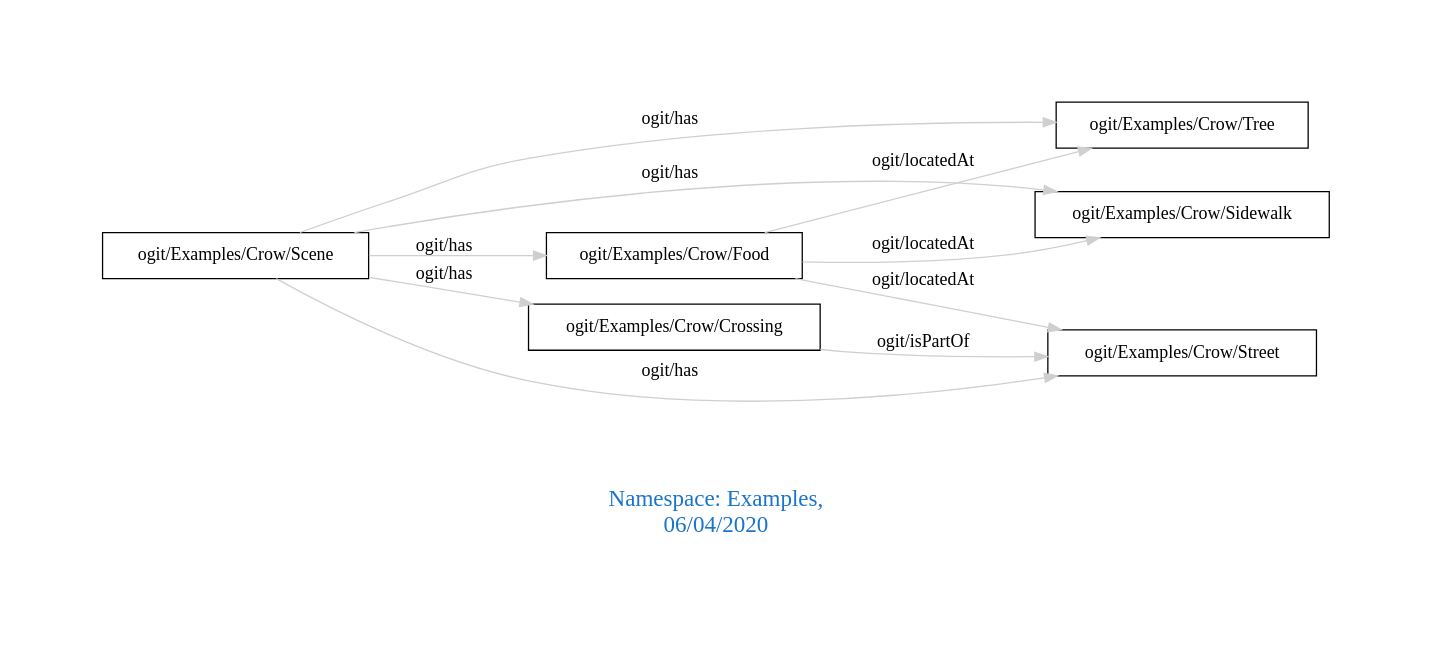
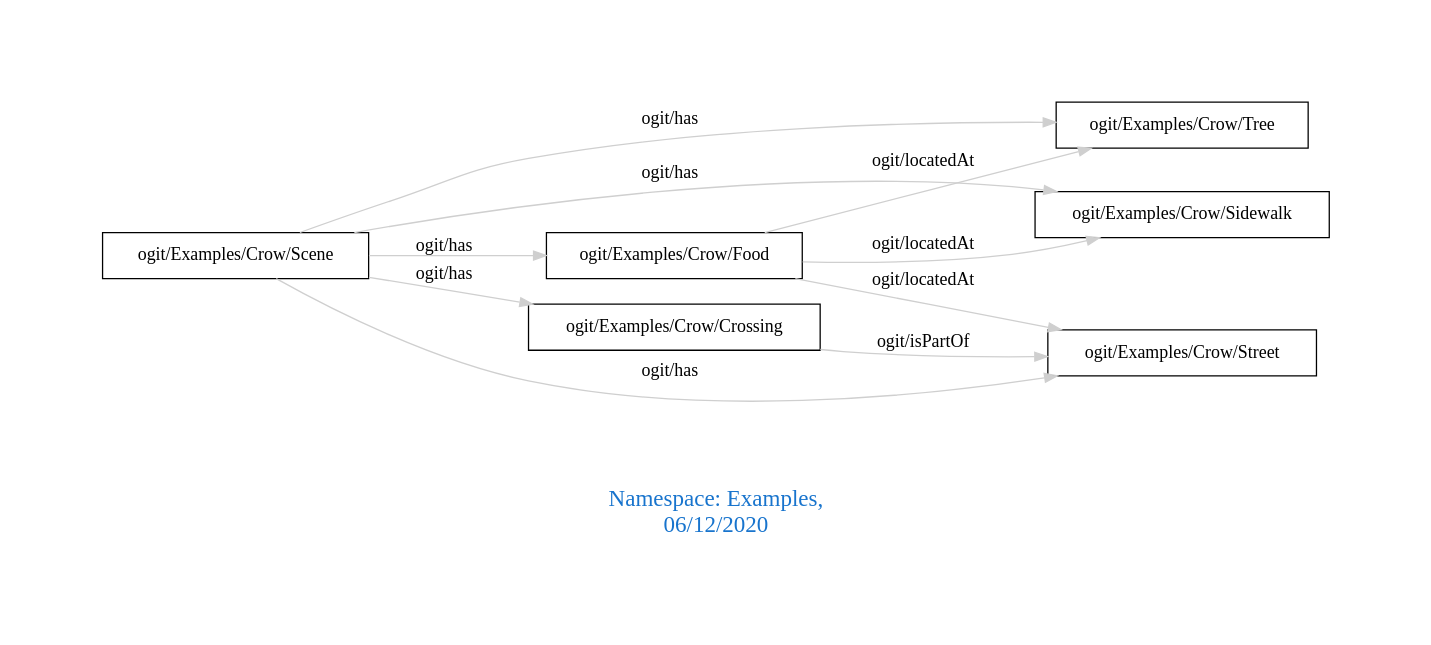
The diagram in downloads/Examples.dot (arago/OGIT), drawn with Graphviz before and after one commit. The commit also changed 1792 other files, not shown here.

```diff
--- a/downloads/Examples.dot
+++ b/downloads/Examples.dot
@@ -1,17 +1,17 @@
 digraph OGIT_ontology {
  graph [ rankdir= LR,pad=1 
 fontsize = 18,
-fontcolor= dodgerblue3,label = "\n\n\nNamespace: Examples, \n 06/04/2020"];
+fontcolor= dodgerblue3,label = "\n\n\nNamespace: Examples, \n 06/12/2020"];
 node[shape=polygon];
 edge [  color="gray81"];
 
    "ogit/Examples/Crow/Food" -> "ogit/Examples/Crow/Tree" [label="   ogit/locatedAt    "];
    "ogit/Examples/Crow/Food" -> "ogit/Examples/Crow/Street" [label="   ogit/locatedAt    "];
    "ogit/Examples/Crow/Food" -> "ogit/Examples/Crow/Sidewalk" [label="   ogit/locatedAt    "];
    "ogit/Examples/Crow/Scene" -> "ogit/Examples/Crow/Food" [label="   ogit/has    "];
    "ogit/Examples/Crow/Scene" -> "ogit/Examples/Crow/Tree" [label="   ogit/has    "];
    "ogit/Examples/Crow/Scene" -> "ogit/Examples/Crow/Street" [label="   ogit/has    "];
    "ogit/Examples/Crow/Scene" -> "ogit/Examples/Crow/Crossing" [label="   ogit/has    "];
    "ogit/Examples/Crow/Scene" -> "ogit/Examples/Crow/Sidewalk" [label="   ogit/has    "];
    "ogit/Examples/Crow/Crossing" -> "ogit/Examples/Crow/Street" [label="   ogit/isPartOf    "];
 }
```
